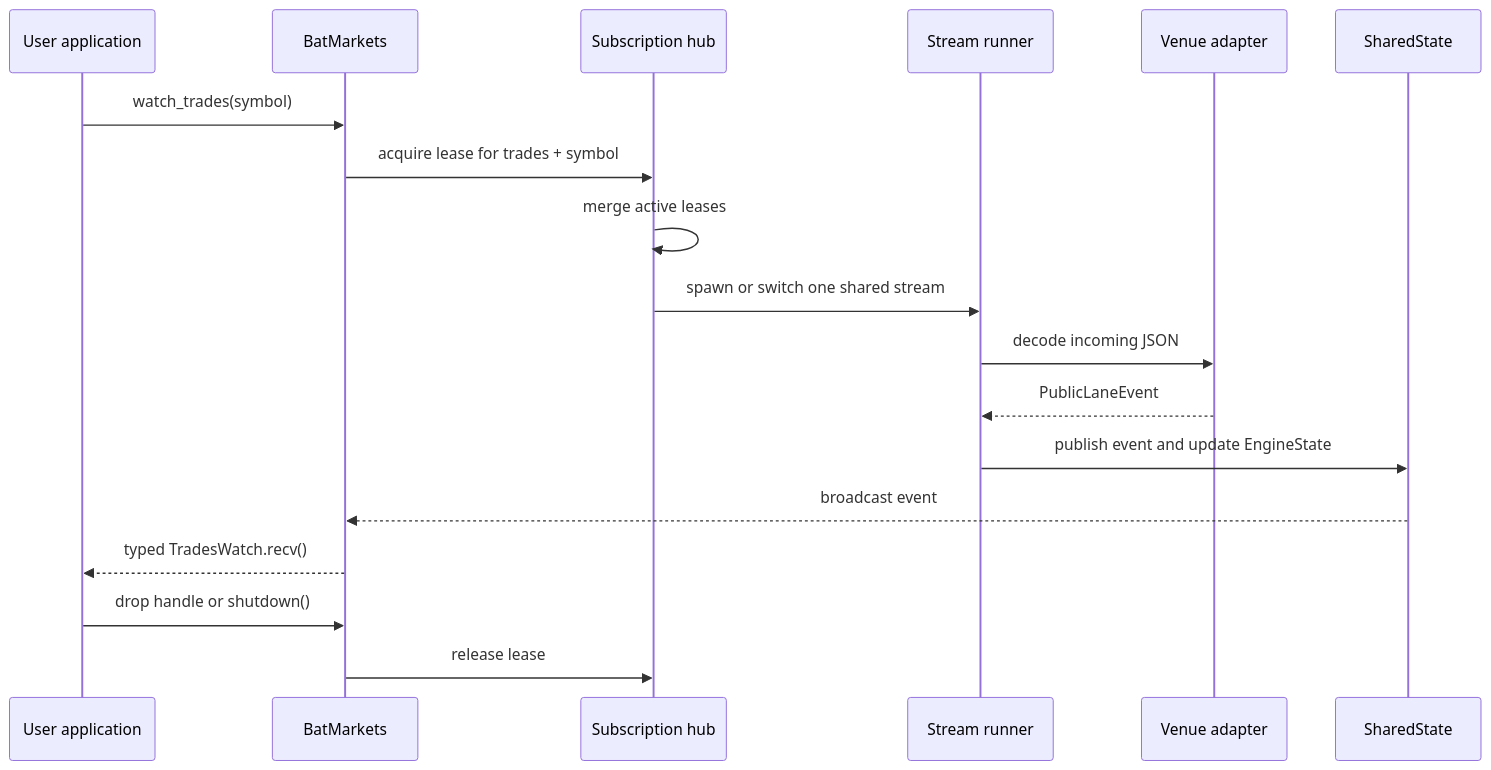
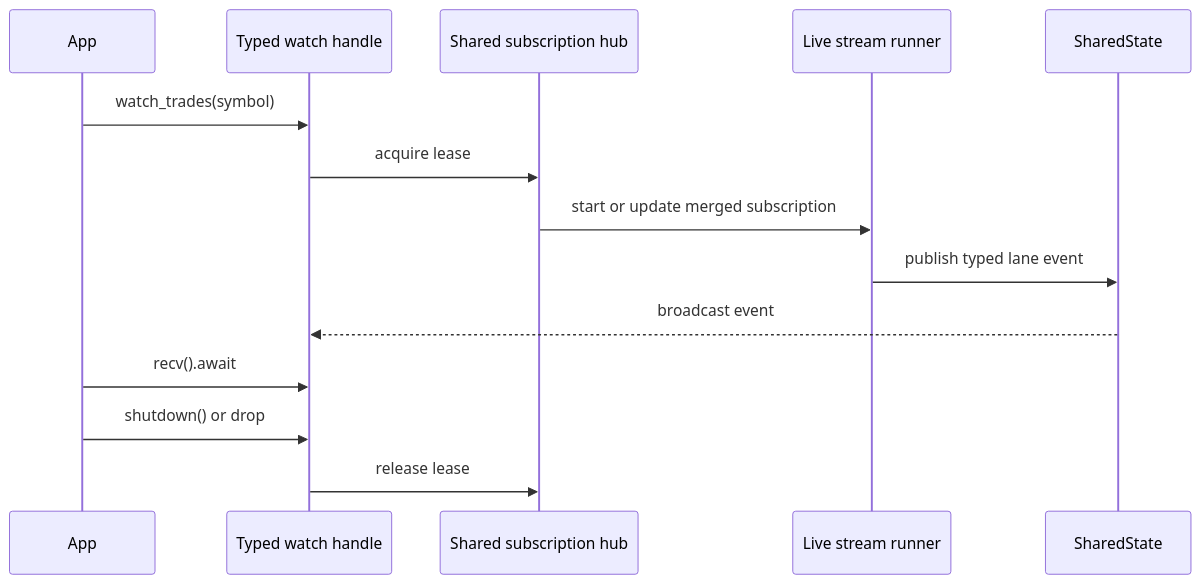
The fourth of 5 diagrams in docs/architecture.md (bat-markets/bat-markets), drawn with Mermaid before and after one commit. The commit also changed other lines of this file and 16 other files, not shown here.

````diff
--- a/docs/architecture.md
+++ b/docs/architecture.md
@@ -440,21 +216,17 @@
 ```mermaid
 sequenceDiagram
-    participant App as User application
-    participant Root as BatMarkets
-    participant Hub as Subscription hub
-    participant Runtime as Stream runner
-    participant Adapter as Venue adapter
-    participant Shared as SharedState
+    participant App
+    participant Watch as Typed watch handle
+    participant Hub as Shared subscription hub
+    participant Stream as Live stream runner
+    participant State as SharedState
 
-    App->>Root: watch_trades(symbol)
-    Root->>Hub: acquire lease for trades + symbol
-    Hub->>Hub: merge active leases
-    Hub->>Runtime: spawn or switch one shared stream
-    Runtime->>Adapter: decode incoming JSON
-    Adapter-->>Runtime: PublicLaneEvent
-    Runtime->>Shared: publish event and update EngineState
-    Shared-->>Root: broadcast event
-    Root-->>App: typed TradesWatch.recv()
-    App->>Root: drop handle or shutdown()
-    Root->>Hub: release lease
+    App->>Watch: watch_trades(symbol)
+    Watch->>Hub: acquire lease
+    Hub->>Stream: start or update merged subscription
+    Stream->>State: publish typed lane event
+    State-->>Watch: broadcast event
+    App->>Watch: recv().await
+    App->>Watch: shutdown() or drop
+    Watch->>Hub: release lease
 ```
````
